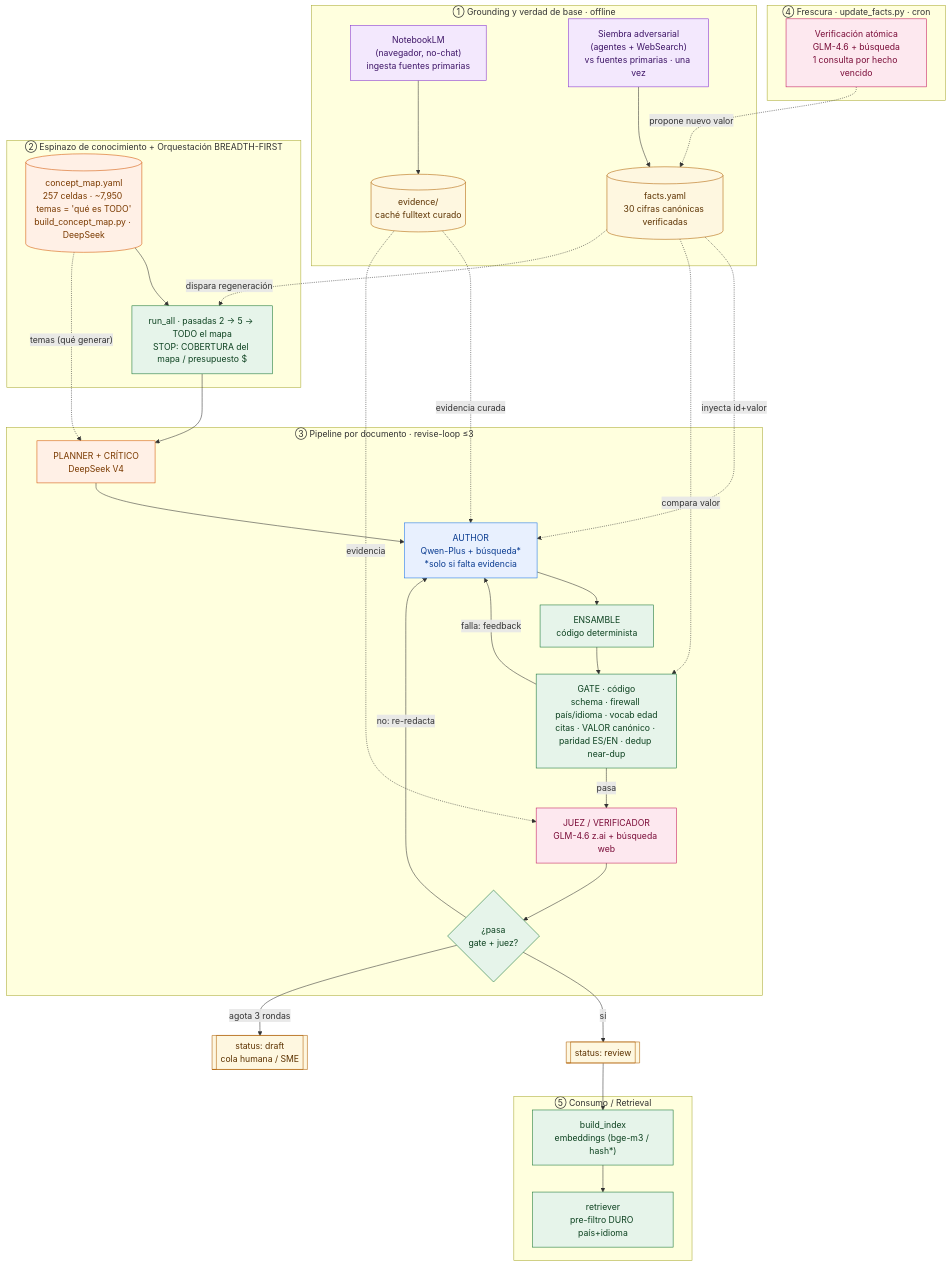
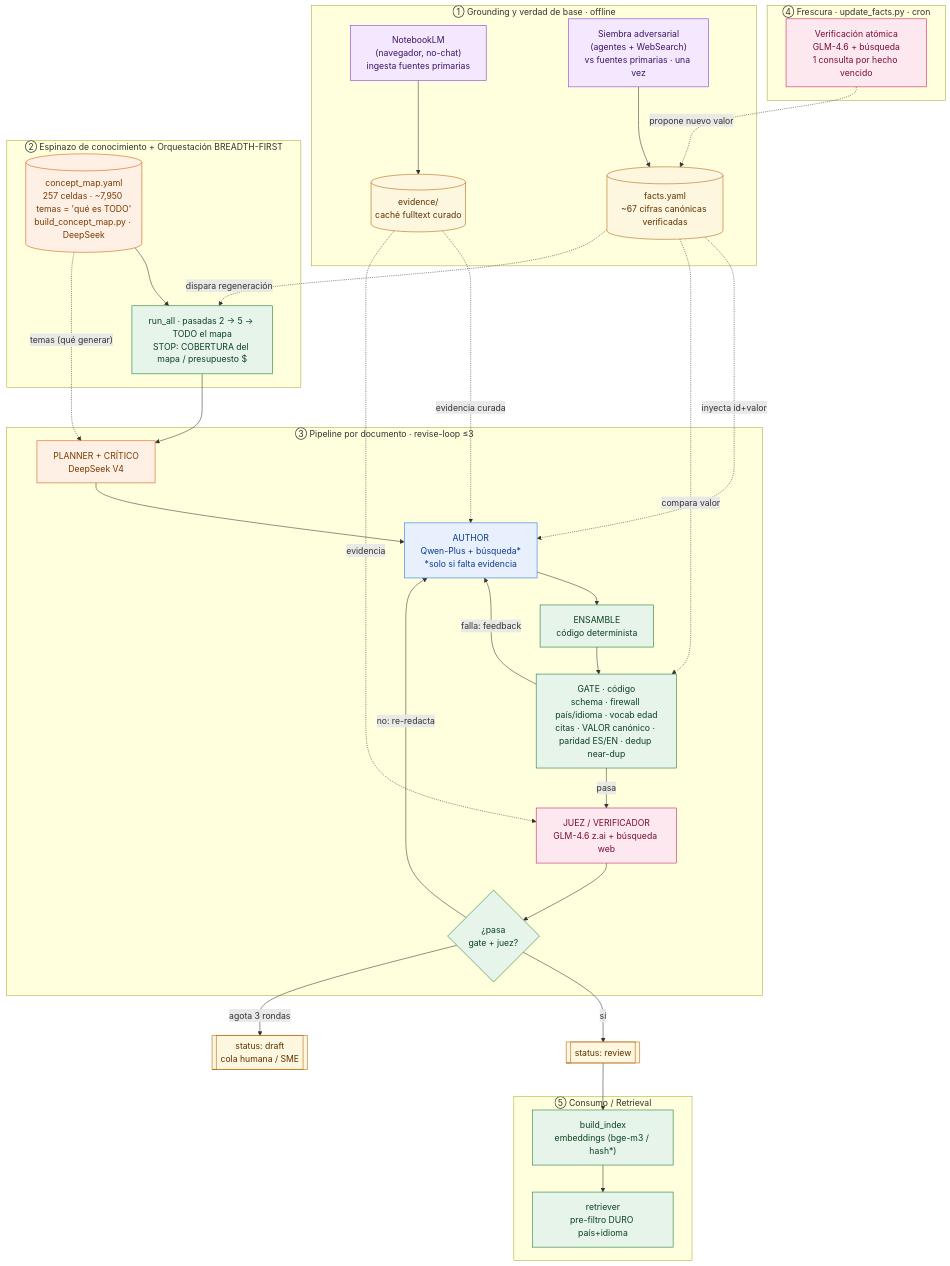
Before and after one commit to jesusvasquezjr3-littlefounders/LITTLEFOUNDERS-AI: the diagram in littlefounders_brain/rag-llm-brain/ARCHITECTURE_V3.md, drawn with Mermaid. The commit also changed other lines of this file and 5 other files, not shown here.

````diff
--- a/littlefounders_brain/rag-llm-brain/ARCHITECTURE_V3.md
+++ b/littlefounders_brain/rag-llm-brain/ARCHITECTURE_V3.md
@@ -57,61 +57,61 @@
 ```mermaid
 flowchart TD
     classDef qwen fill:#e8f0fe,stroke:#1a73e8,color:#0b3d91;
     classDef glm fill:#fde8ef,stroke:#c2185b,color:#7a0c38;
     classDef code fill:#e6f4ea,stroke:#137333,color:#0d4220;
     classDef data fill:#fef7e0,stroke:#b06000,color:#5c3200;
     classDef ext fill:#f3e8fd,stroke:#8430ce,color:#3d1466;
     classDef deepseek fill:#fff0e6,stroke:#d35400,color:#7a3a00;
 
     subgraph G["① Grounding y verdad de base · offline"]
         NB["NotebookLM<br/>(navegador, no-chat)<br/>ingesta fuentes primarias"]:::ext
         EV[("evidence/<br/>caché fulltext curado")]:::data
         SEED["Siembra adversarial<br/>(agentes + WebSearch)<br/>vs fuentes primarias · una vez"]:::ext
-        FACTS[("facts.yaml<br/>30 cifras canónicas verificadas")]:::data
+        FACTS[("facts.yaml<br/>~67 cifras canónicas verificadas")]:::data
         NB --> EV
         SEED --> FACTS
     end
 
     subgraph O["② Espinazo de conocimiento + Orquestación BREADTH-FIRST"]
         CMAP[("concept_map.yaml<br/>257 celdas · ~7,950 temas = 'qué es TODO'<br/>build_concept_map.py · DeepSeek")]:::deepseek
         PASS["run_all · pasadas 2 → 5 → TODO el mapa<br/>STOP: COBERTURA del mapa / presupuesto $"]:::code
         CMAP --> PASS
     end
 
     subgraph DOC["③ Pipeline por documento · revise-loop ≤3"]
         PL["PLANNER + CRÍTICO<br/>DeepSeek V4"]:::deepseek
         AU["AUTHOR<br/>Qwen-Plus + búsqueda*<br/>*solo si falta evidencia"]:::qwen
         AS["ENSAMBLE<br/>código determinista"]:::code
         GT["GATE · código<br/>schema · firewall país/idioma · vocab edad<br/>citas · VALOR canónico · paridad ES/EN · dedup near-dup"]:::code
         JU["JUEZ / VERIFICADOR<br/>GLM-4.6 z.ai + búsqueda web"]:::glm
         DEC{"¿pasa<br/>gate + juez?"}:::code
     end
 
     RV[["status: review"]]:::data
     DR[["status: draft<br/>cola humana / SME"]]:::data
 
     subgraph FR["④ Frescura · update_facts.py · cron"]
         UF["Verificación atómica<br/>GLM-4.6 + búsqueda<br/>1 consulta por hecho vencido"]:::glm
     end
 
     subgraph CO["⑤ Consumo / Retrieval"]
         IDX["build_index<br/>embeddings (bge-m3 / hash*)"]:::code
         RET["retriever<br/>pre-filtro DURO país+idioma"]:::code
     end
 
     PASS --> PL --> AU --> AS --> GT
     CMAP -. temas (qué generar) .-> PL
     FACTS -. inyecta id+valor .-> AU
     EV -. evidencia curada .-> AU
     FACTS -. compara valor .-> GT
     GT -->|falla: feedback| AU
     GT -->|pasa| JU
     EV -. evidencia .-> JU
     JU --> DEC
     DEC -->|sí| RV
     DEC -->|no: re-redacta| AU
     DEC -->|agota 3 rondas| DR
     RV --> IDX --> RET
     UF -. propone nuevo valor .-> FACTS
     FACTS -. dispara regeneración .-> PASS
 ```
````
